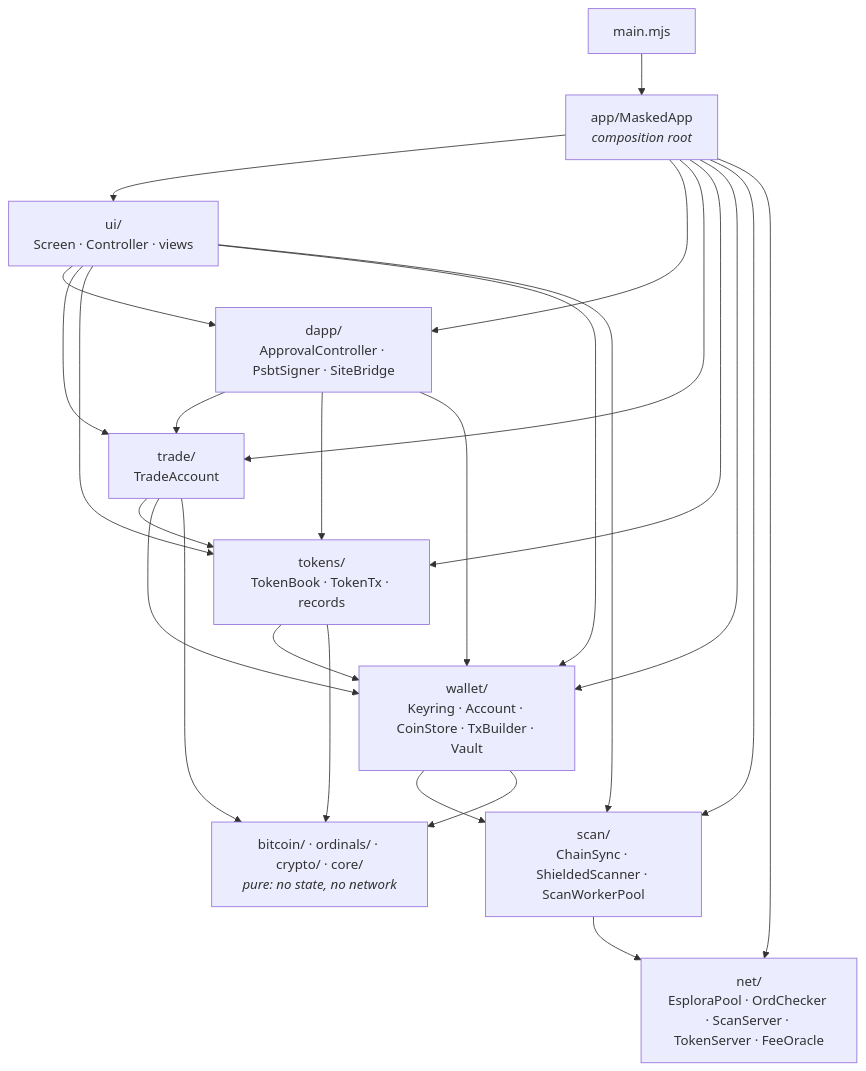
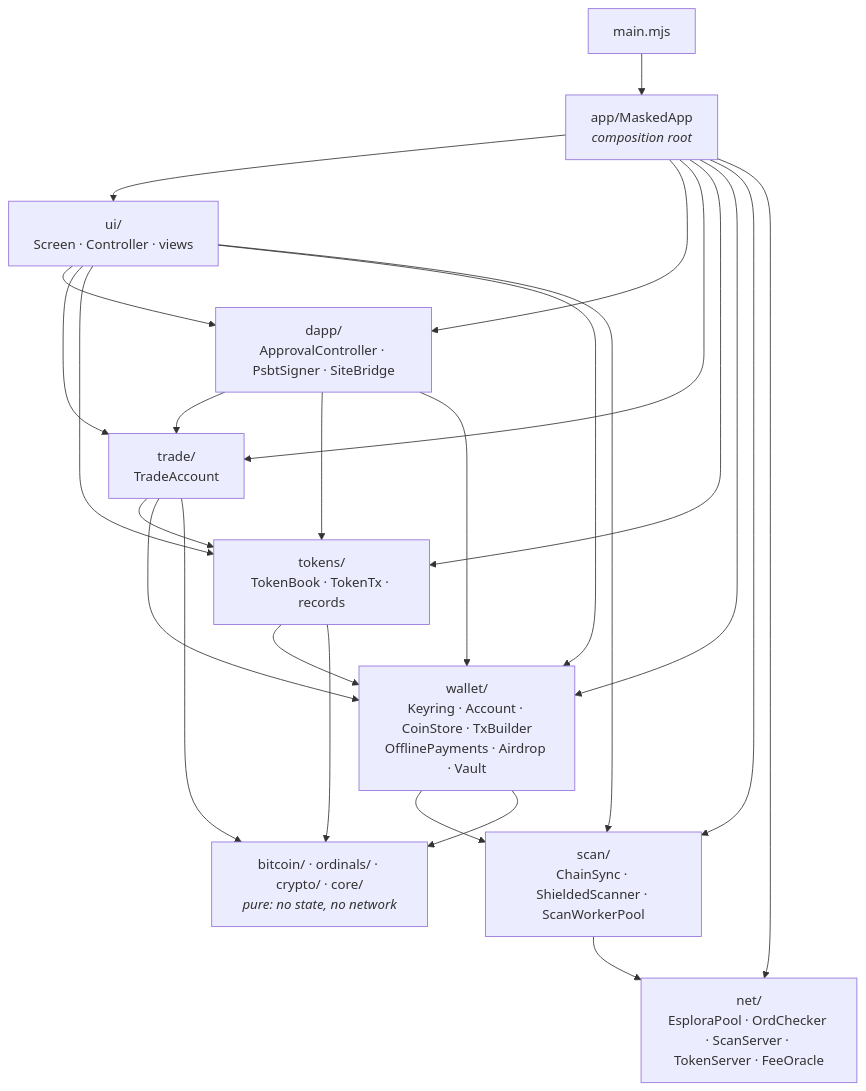
The first of 2 diagrams in docs/ARCHITECTURE.md (buildOrDie/masked-wallet), drawn with Mermaid before and after one commit. The commit also changed other lines of this file and 7 other files, not shown here.

````diff
--- a/docs/ARCHITECTURE.md
+++ b/docs/ARCHITECTURE.md
@@ -9,18 +9,18 @@
 ```mermaid
 flowchart TD
   main["main.mjs"] --> App["app/MaskedApp<br/><i>composition root</i>"]
   App --> UI["ui/<br/>Screen · Controller · views"]
   App --> Dapp["dapp/<br/>ApprovalController · PsbtSigner · SiteBridge"]
   App --> Trade["trade/<br/>TradeAccount"]
   App --> Tokens["tokens/<br/>TokenBook · TokenTx · records"]
-  App --> Wallet["wallet/<br/>Keyring · Account · CoinStore · TxBuilder · Vault"]
+  App --> Wallet["wallet/<br/>Keyring · Account · CoinStore · TxBuilder<br/>OfflinePayments · Airdrop · Vault"]
   App --> Scan["scan/<br/>ChainSync · ShieldedScanner · ScanWorkerPool"]
   App --> Net["net/<br/>EsploraPool · OrdChecker · ScanServer · TokenServer · FeeOracle"]
   UI --> Dapp & Trade & Tokens & Wallet & Scan
   Dapp --> Trade & Tokens & Wallet
   Trade --> Tokens & Wallet
   Tokens --> Wallet
   Wallet --> Scan
   Scan --> Net
   Wallet & Tokens & Trade --> Pure["bitcoin/ · ordinals/ · crypto/ · core/<br/><i>pure: no state, no network</i>"]
 ```
````
